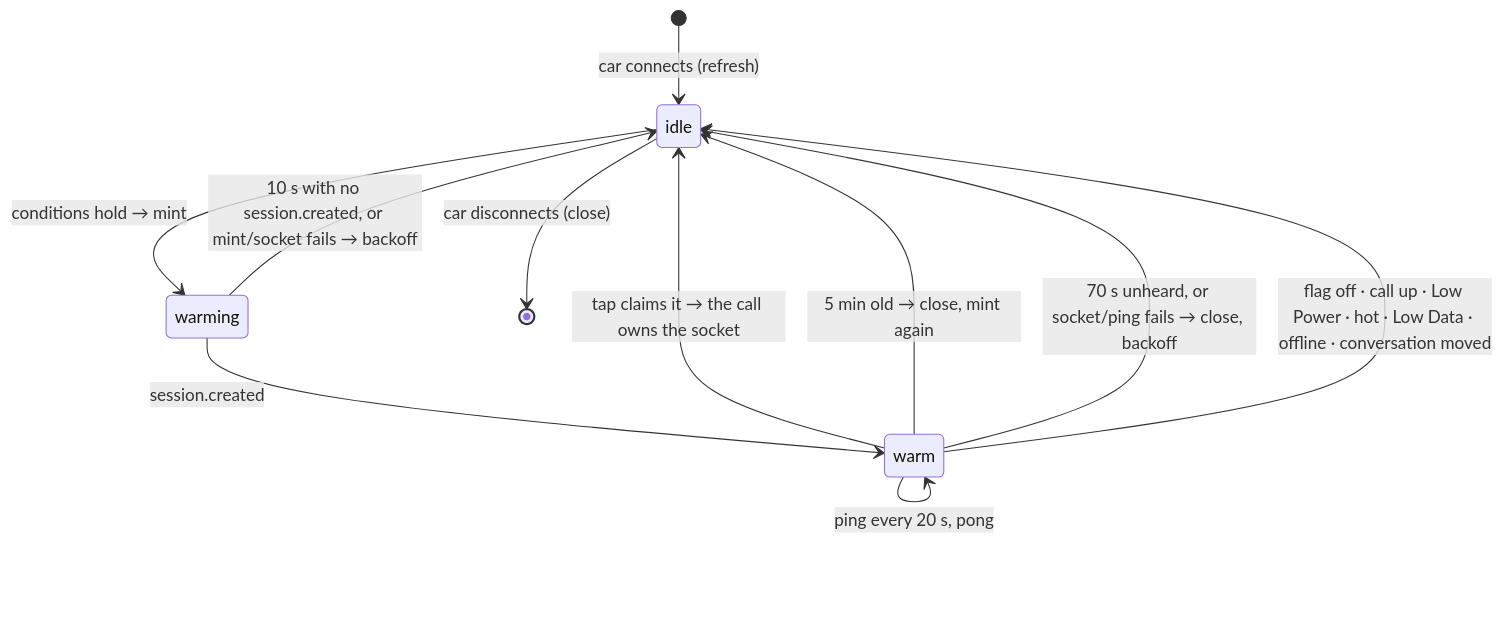
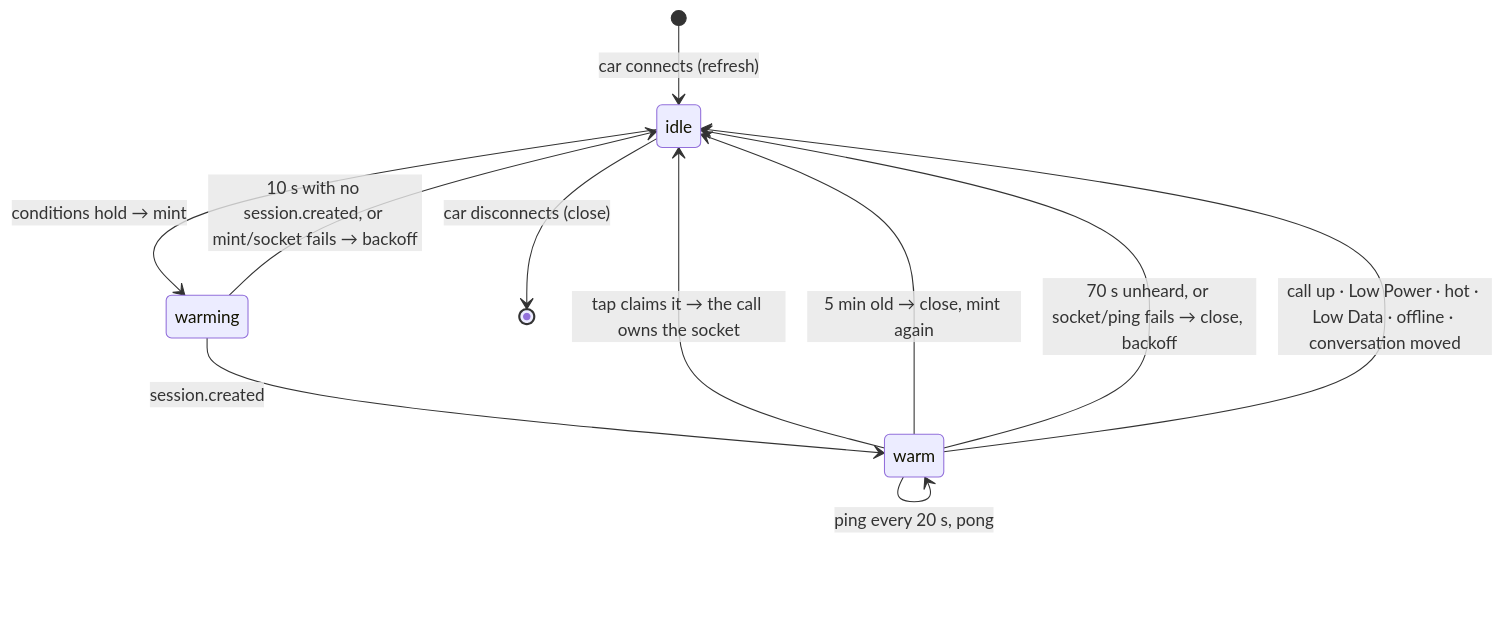
The third of 3 diagrams in ios/CARPLAY_PREWARM_DESIGN.md (tadasant/zimmer), drawn with Mermaid before and after one commit. The commit also changed other lines of this file and 21 other files, not shown here.

First line of the commit message:
feat(carplay-prewarm): remove the flag; pre-warm is on by default

````diff
--- a/ios/CARPLAY_PREWARM_DESIGN.md
+++ b/ios/CARPLAY_PREWARM_DESIGN.md
@@ -145,13 +145,13 @@
 ```mermaid
 stateDiagram-v2
     [*] --> idle: car connects (refresh)
     idle --> warming: conditions hold → mint
     warming --> warm: session.created
     warming --> idle: 10 s with no session.created, or mint/socket fails → backoff
     warm --> warm: ping every 20 s, pong
     warm --> idle: tap claims it → the call owns the socket
     warm --> idle: 5 min old → close, mint again
     warm --> idle: 70 s unheard, or socket/ping fails → close, backoff
-    warm --> idle: flag off · call up · Low Power · hot · Low Data · offline · conversation moved
+    warm --> idle: call up · Low Power · hot · Low Data · offline · conversation moved
     idle --> [*]: car disconnects (close)
 ```
````
